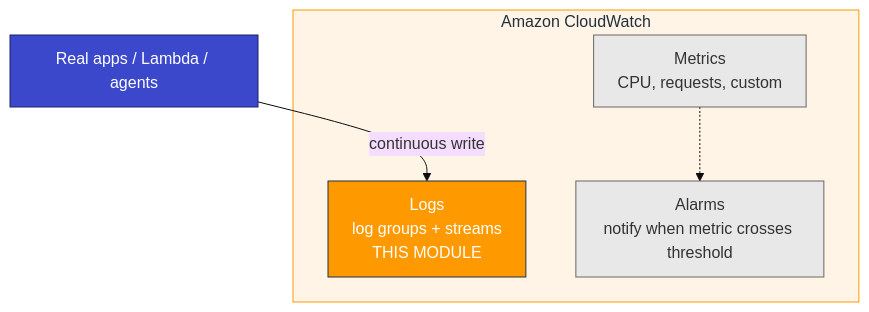
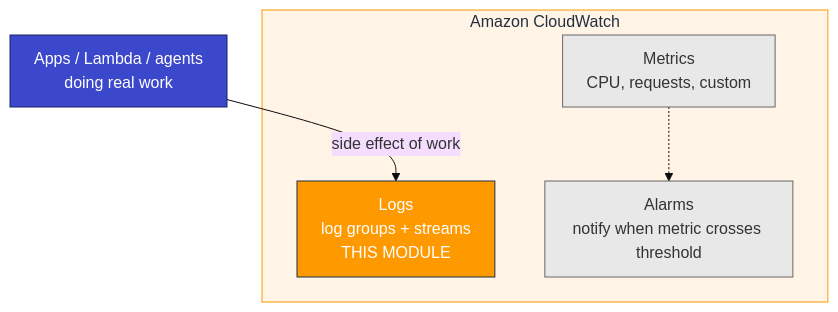
Before and after one commit to atingupta2005/adx-aws-training-aug-26: the first of 2 diagrams in Module_03_AWS_CloudWatch/03_CloudWatch_Primer.md, drawn with Mermaid. The commit also changed other lines of this file and 9 other files, not shown here.

````diff
--- a/Module_03_AWS_CloudWatch/03_CloudWatch_Primer.md
+++ b/Module_03_AWS_CloudWatch/03_CloudWatch_Primer.md
@@ -9,17 +9,17 @@
 ```mermaid
 %%{init: {"theme":"base","flowchart":{"htmlLabels":true,"padding":12}}}%%
 flowchart TB
   subgraph cw [Amazon CloudWatch]
     LOGS["Logs<br/>log groups + streams<br/>THIS MODULE"]
     MET["Metrics<br/>CPU, requests, custom"]
     ALM["Alarms<br/>notify when metric crosses threshold"]
   end
-  APP["Real apps / Lambda / agents"]
-  APP -->|"continuous write"| LOGS
+  APP["Apps / Lambda / agents<br/>doing real work"]
+  APP -->|"side effect of work"| LOGS
   MET -.-> ALM
   style cw fill:#FFF4E5,stroke:#FF9900,color:#232F3E
   style LOGS fill:#FF9900,stroke:#232F3E,color:#fff
   style MET fill:#E8E8E8,stroke:#666,color:#333
   style ALM fill:#E8E8E8,stroke:#666,color:#333
   style APP fill:#3B48CC,stroke:#1B2266,color:#fff
 ```
````
